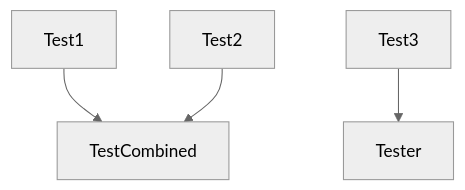
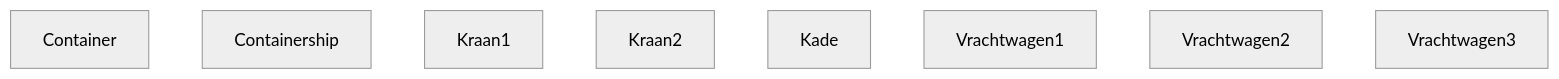
Before and after one commit to RockFreakRickerd/SameCodeDifferentLanguagues: the diagram in ShipQuay/README.md, drawn with Mermaid (neutral theme).

````diff
--- a/ShipQuay/README.md
+++ b/ShipQuay/README.md
@@ -5,6 +5,11 @@
 ```mermaid
 flowchart TD
-  A[Test1] --> D[TestCombined];
-  B[Test2] --> D[TestCombined];
-  C[Test3] --> E[Tester];
+  A[Container];
+  B[Containership];
+  C[Kraan1];
+  D[Kraan2];
+  E[Kade];
+  F[Vrachtwagen1];
+  G[Vrachtwagen2];
+  H[Vrachtwagen3];
 ```
````
